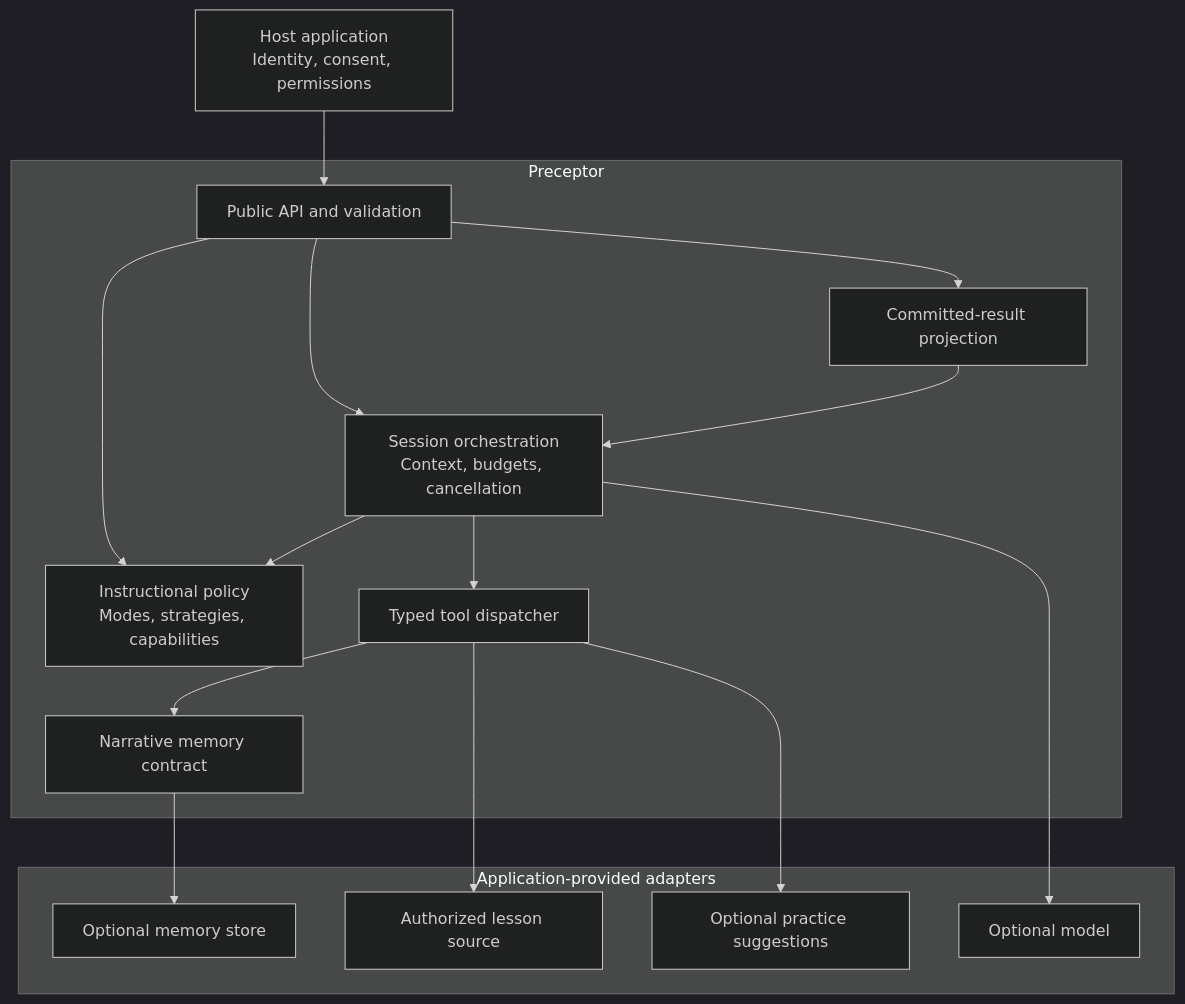
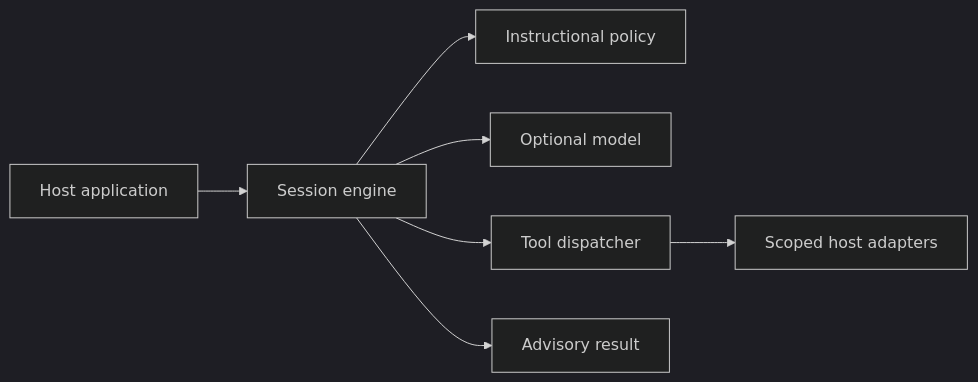
The first of 2 diagrams in README.md (0xbuffdev/preceptor), drawn with Mermaid (dark theme) before and after one commit. The commit also changed other lines of this file, not shown here.

Commit message:
docs: refine Preceptor README

````diff
--- a/README.md
+++ b/README.md
@@ -28,30 +22,9 @@
 ```mermaid
-flowchart TB
-    H["Host application<br/>Identity, consent, permissions"]
-    subgraph P["Preceptor"]
-        A["Public API and validation"]
-        C["Instructional policy<br/>Modes, strategies, capabilities"]
-        S["Session orchestration<br/>Context, budgets, cancellation"]
-        D["Typed tool dispatcher"]
-        N["Narrative memory contract"]
-        E["Committed-result projection"]
-        A --> C
-        A --> S
-        A --> E
-        S --> C
-        S --> D
-        D --> N
-        E --> S
-    end
-    H --> A
-    subgraph X["Application-provided adapters"]
-        L["Authorized lesson source"]
-        M["Optional model"]
-        R["Optional memory store"]
-        Q["Optional practice suggestions"]
-    end
-    D --> L
-    S --> M
-    N --> R
-    D --> Q
+flowchart LR
+    H[Host application] --> S[Session engine]
+    S --> P[Instructional policy]
+    S --> M[Optional model]
+    S --> D[Tool dispatcher]
+    D --> A[Scoped host adapters]
+    S --> R[Advisory result]
 ```
````
